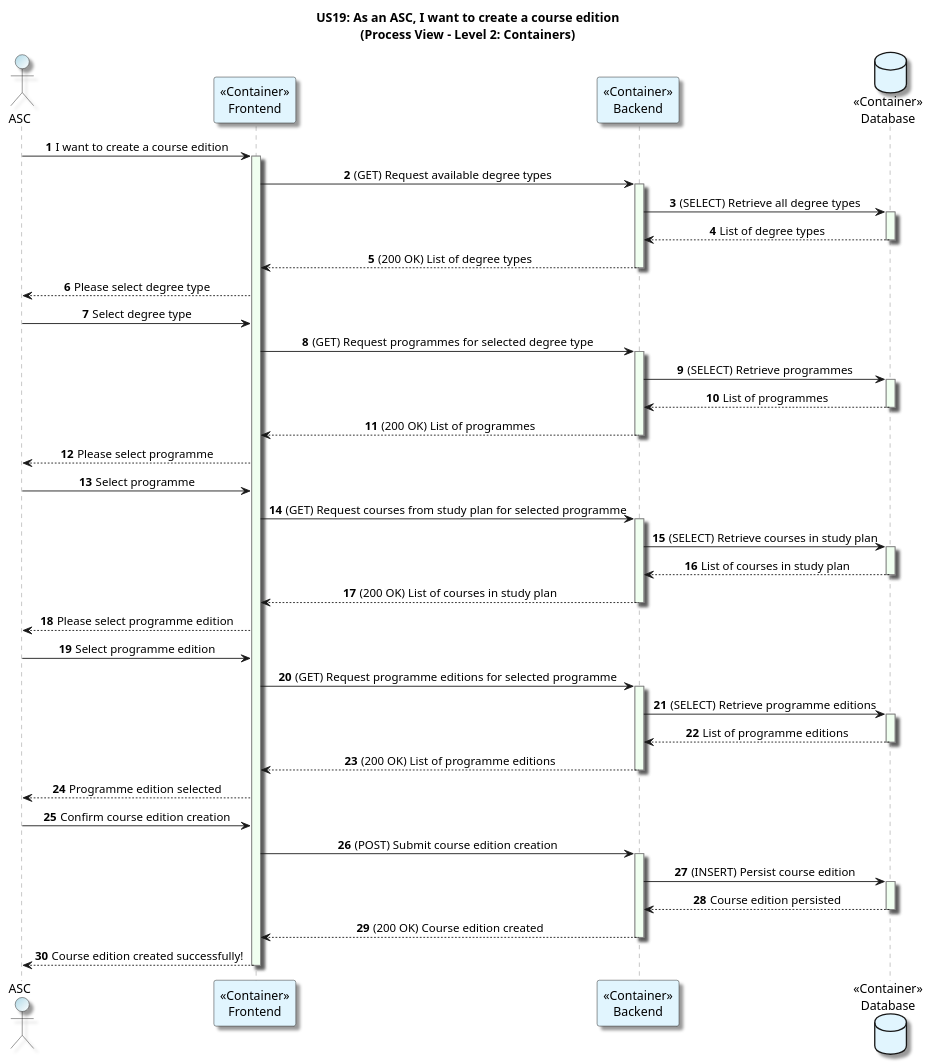
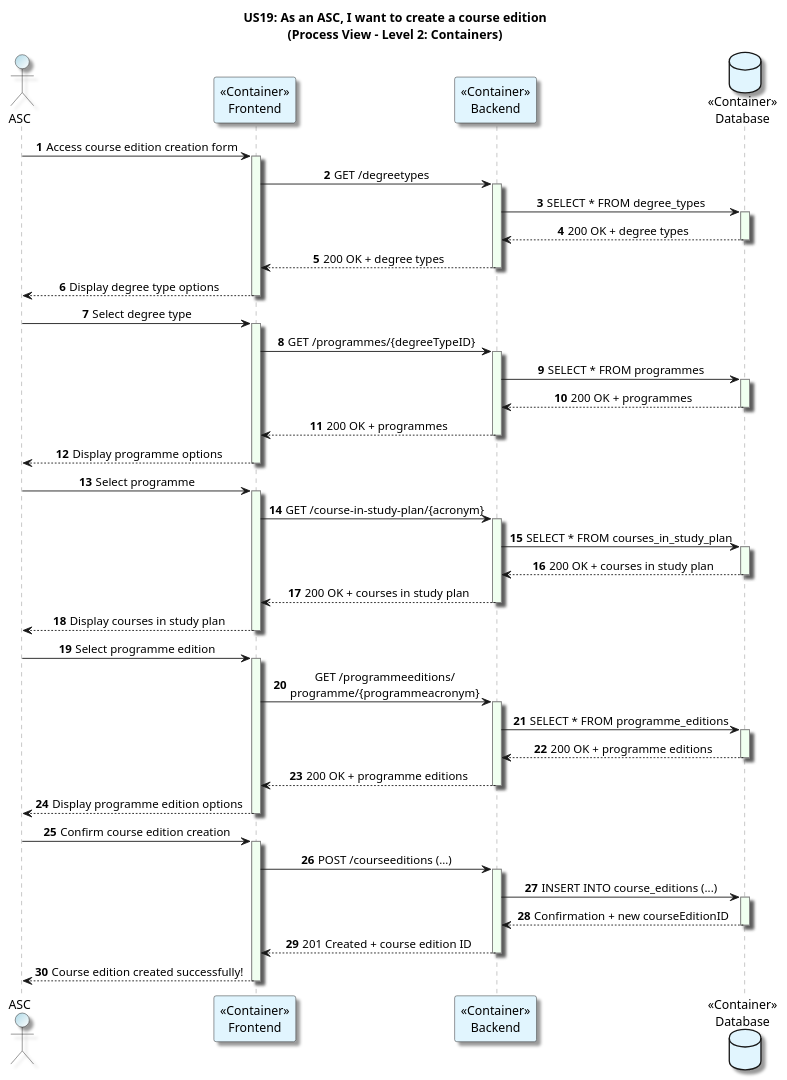
One commit to GasparISEP/DevOps-PAI changed the diagram in docs/US19/Sprint6_RestAPI/ProcessView/CreateCourseEdition_ProcessView_Level2.puml. Above: the diagram before and after it, drawn with PlantUML.

Commit message:
docs(process-view level 2): replace natural messages with REST API endpoints in course edition creation flow to reflect actual API contract (refs #536, #549)

```diff
--- a/docs/US19/Sprint6_RestAPI/ProcessView/CreateCourseEdition_ProcessView_Level2.puml
+++ b/docs/US19/Sprint6_RestAPI/ProcessView/CreateCourseEdition_ProcessView_Level2.puml
@@ -1,84 +1,87 @@
 @startuml
 title: US19: As an ASC, I want to create a course edition\n(Process View - Level 2: Containers)
 autonumber
 
 skinparam {
   ActivityPadding 2
   ActivityMargin 2
   BoxPadding 2
 }
 skinparam sequence {
     LifeLineBorderColor Grey
     LifeLineBackgroundColor HoneyDew
 }
 skinparam defaultTextAlignment center
 skinparam shadowing true
 
 actor ASC  #LightBlue/White
 participant "<<Container>>\nFrontend" as Frontend #E1F5FE
 participant "<<Container>>\nBackend" as Backend #E1F5FE
 database "<<Container>>\nDatabase" as Database #E1F5FE
 
-ASC -> Frontend: I want to create a course edition
+ASC -> Frontend: Access course edition creation form
 activate Frontend
 
-Frontend -> Backend: (GET) Request available degree types
+Frontend -> Backend: GET /degreetypes
 activate Backend
-Backend -> Database: (SELECT) Retrieve all degree types
+Backend -> Database: SELECT * FROM degree_types
 activate Database
-Database --> Backend: List of degree types
+Database --> Backend: 200 OK + degree types
 deactivate Database
-Backend --> Frontend: (200 OK) List of degree types
+Backend --> Frontend: 200 OK + degree types
 deactivate Backend
-Frontend --> ASC: Please select degree type
+Frontend --> ASC: Display degree type options
+deactivate Frontend
 
 ASC -> Frontend: Select degree type
-Frontend -> Backend: (GET) Request programmes for selected degree type
+activate Frontend
+Frontend -> Backend: GET /programmes/{degreeTypeID}
 activate Backend
-Backend -> Database: (SELECT) Retrieve programmes
+Backend -> Database: SELECT * FROM programmes
 activate Database
-Database --> Backend: List of programmes
+Database --> Backend: 200 OK + programmes
 deactivate Database
-Backend --> Frontend: (200 OK) List of programmes
+Backend --> Frontend: 200 OK + programmes
 deactivate Backend
-Frontend --> ASC: Please select programme
+Frontend --> ASC: Display programme options
+deactivate Frontend
 
 ASC -> Frontend: Select programme
-Frontend -> Backend: (GET) Request courses from study plan for selected programme
+activate Frontend
+Frontend -> Backend: GET /course-in-study-plan/{acronym}
 activate Backend
-Backend -> Database: (SELECT) Retrieve courses in study plan
+Backend -> Database: SELECT * FROM courses_in_study_plan
 activate Database
-Database --> Backend: List of courses in study plan
+Database --> Backend: 200 OK + courses in study plan
 deactivate Database
-Backend --> Frontend: (200 OK) List of courses in study plan
+Backend --> Frontend: 200 OK + courses in study plan
 deactivate Backend
-Frontend --> ASC: Please select programme edition
+Frontend --> ASC: Display courses in study plan
+deactivate Frontend
 
 ASC -> Frontend: Select programme edition
-Frontend -> Backend: (GET) Request programme editions for selected programme
+activate Frontend
+Frontend -> Backend: GET /programmeeditions/\nprogramme/{programmeacronym}
 activate Backend
-Backend -> Database: (SELECT) Retrieve programme editions
+Backend -> Database: SELECT * FROM programme_editions
 activate Database
-Database --> Backend: List of programme editions
+Database --> Backend: 200 OK + programme editions
 deactivate Database
-Backend --> Frontend: (200 OK) List of programme editions
+Backend --> Frontend: 200 OK + programme editions
 deactivate Backend
-Frontend --> ASC: Programme edition selected
-
+Frontend --> ASC: Display programme edition options
+deactivate Frontend
 
 ASC -> Frontend: Confirm course edition creation
-Frontend -> Backend: (POST) Submit course edition creation
+activate Frontend
+Frontend -> Backend: POST /courseeditions (...)
 activate Backend
-  'Applies business rules:
-
-
-Backend -> Database: (INSERT) Persist course edition
+Backend -> Database: INSERT INTO course_editions (...)
 activate Database
-Database --> Backend: Course edition persisted
+Database --> Backend: Confirmation + new courseEditionID
 deactivate Database
-
-Backend --> Frontend: (200 OK) Course edition created
+Backend --> Frontend: 201 Created + course edition ID
 deactivate Backend
 Frontend --> ASC: Course edition created successfully!
 deactivate Frontend
 @enduml
```
